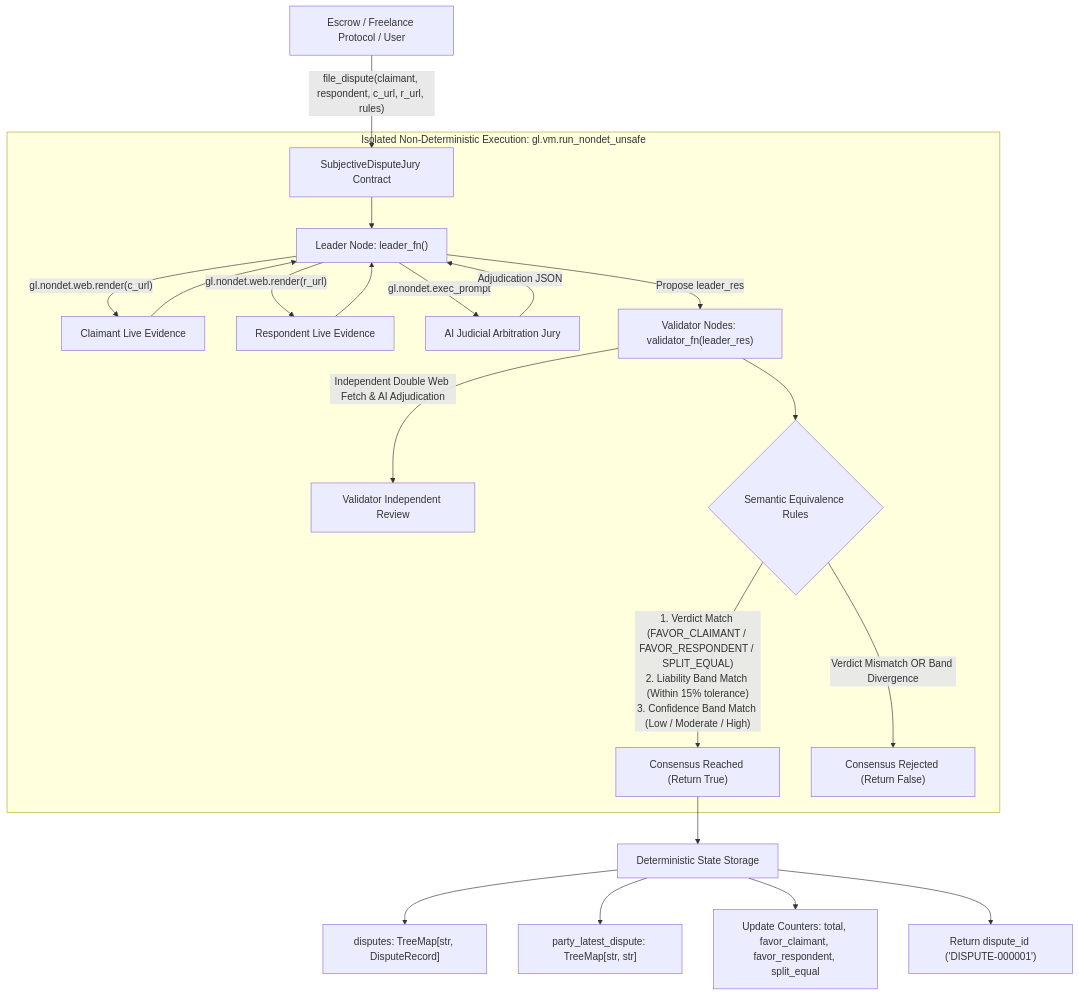
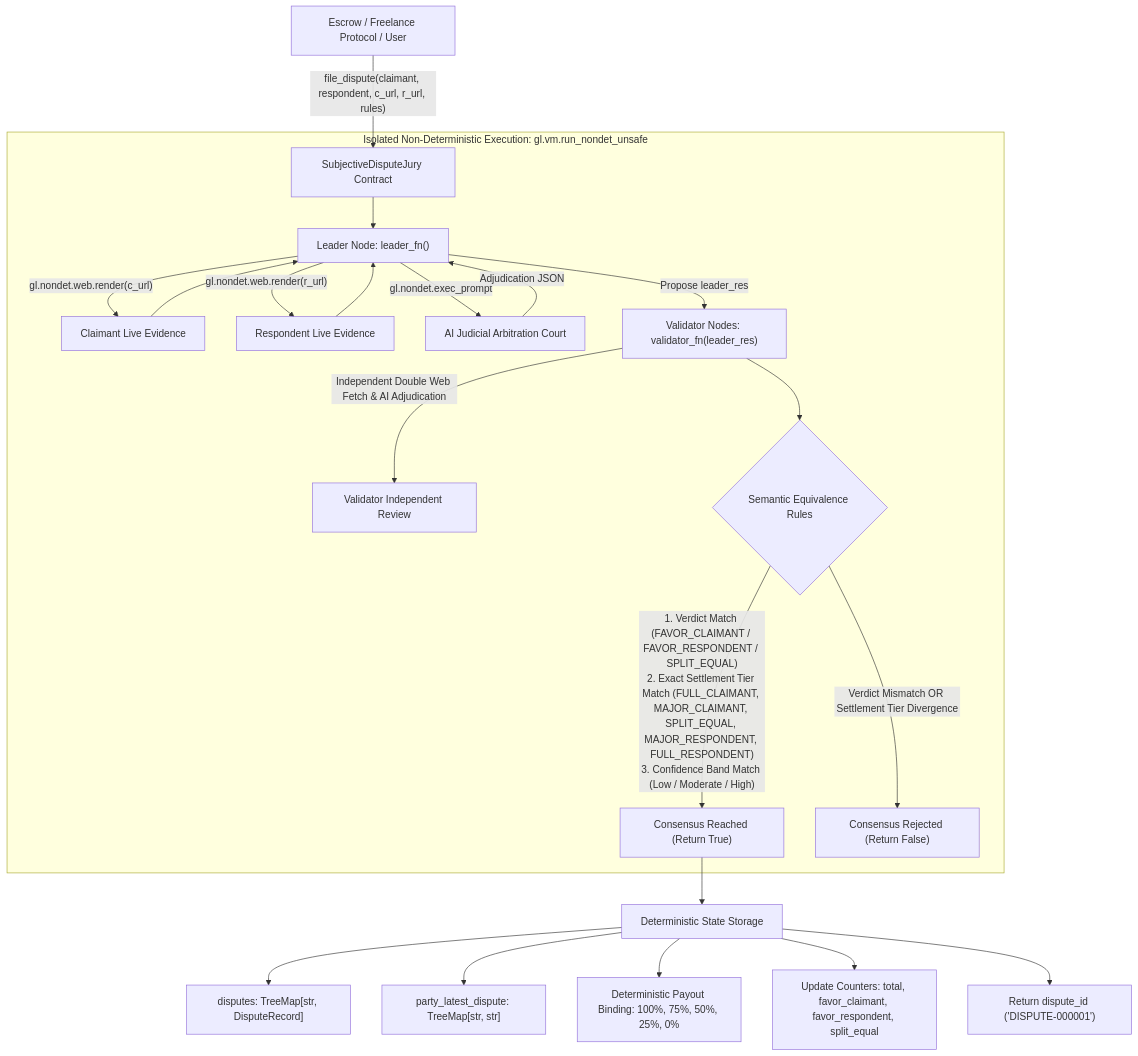
Before and after one commit to uuhavy/subjective-dispute-jury: the diagram in README.md, drawn with Mermaid. The commit also changed other lines of this file and 2 other files, not shown here.

Commit message:
fix(consensus): bind payout allocation to canonical settlement tiers for economic equivalence

````diff
--- a/README.md
+++ b/README.md
@@ -45,26 +52,27 @@
 ```mermaid
 flowchart TD
     A["Escrow / Freelance Protocol / User"] -->|"file_dispute(claimant, respondent, c_url, r_url, rules)"| B["SubjectiveDisputeJury Contract"]
     
     subgraph NonDeterministicIsolation["Isolated Non-Deterministic Execution: gl.vm.run_nondet_unsafe"]
         B --> C["Leader Node: leader_fn()"]
         C -->|"gl.nondet.web.render(c_url)"| D1["Claimant Live Evidence"]
         C -->|"gl.nondet.web.render(r_url)"| D2["Respondent Live Evidence"]
         D1 --> C
         D2 --> C
-        C -->|"gl.nondet.exec_prompt"| E["AI Judicial Arbitration Jury"]
+        C -->|"gl.nondet.exec_prompt"| E["AI Judicial Arbitration Court"]
         E -->|"Adjudication JSON"| C
         C -->|"Propose leader_res"| F["Validator Nodes: validator_fn(leader_res)"]
         
         F -->|"Independent Double Web Fetch & AI Adjudication"| G["Validator Independent Review"]
         F --> H{"Semantic Equivalence Rules"}
-        H -->|"1. Verdict Match (FAVOR_CLAIMANT / FAVOR_RESPONDENT / SPLIT_EQUAL)\n2. Liability Band Match (Within 15% tolerance)\n3. Confidence Band Match (Low / Moderate / High)"| I["Consensus Reached (Return True)"]
-        H -->|"Verdict Mismatch OR Band Divergence"| J["Consensus Rejected (Return False)"]
+        H -->|"1. Verdict Match (FAVOR_CLAIMANT / FAVOR_RESPONDENT / SPLIT_EQUAL)\n2. Exact Settlement Tier Match (FULL_CLAIMANT, MAJOR_CLAIMANT, SPLIT_EQUAL, MAJOR_RESPONDENT, FULL_RESPONDENT)\n3. Confidence Band Match (Low / Moderate / High)"| I["Consensus Reached (Return True)"]
+        H -->|"Verdict Mismatch OR Settlement Tier Divergence"| J["Consensus Rejected (Return False)"]
     end
 
     I --> K["Deterministic State Storage"]
     K --> L["disputes: TreeMap[str, DisputeRecord]"]
     K --> M["party_latest_dispute: TreeMap[str, str]"]
-    K --> N["Update Counters: total, favor_claimant, favor_respondent, split_equal"]
-    K --> O["Return dispute_id ('DISPUTE-000001')"]
+    K --> N["Deterministic Payout Binding: 100%, 75%, 50%, 25%, 0%"]
+    K --> O["Update Counters: total, favor_claimant, favor_respondent, split_equal"]
+    K --> P["Return dispute_id ('DISPUTE-000001')"]
 ```
````
